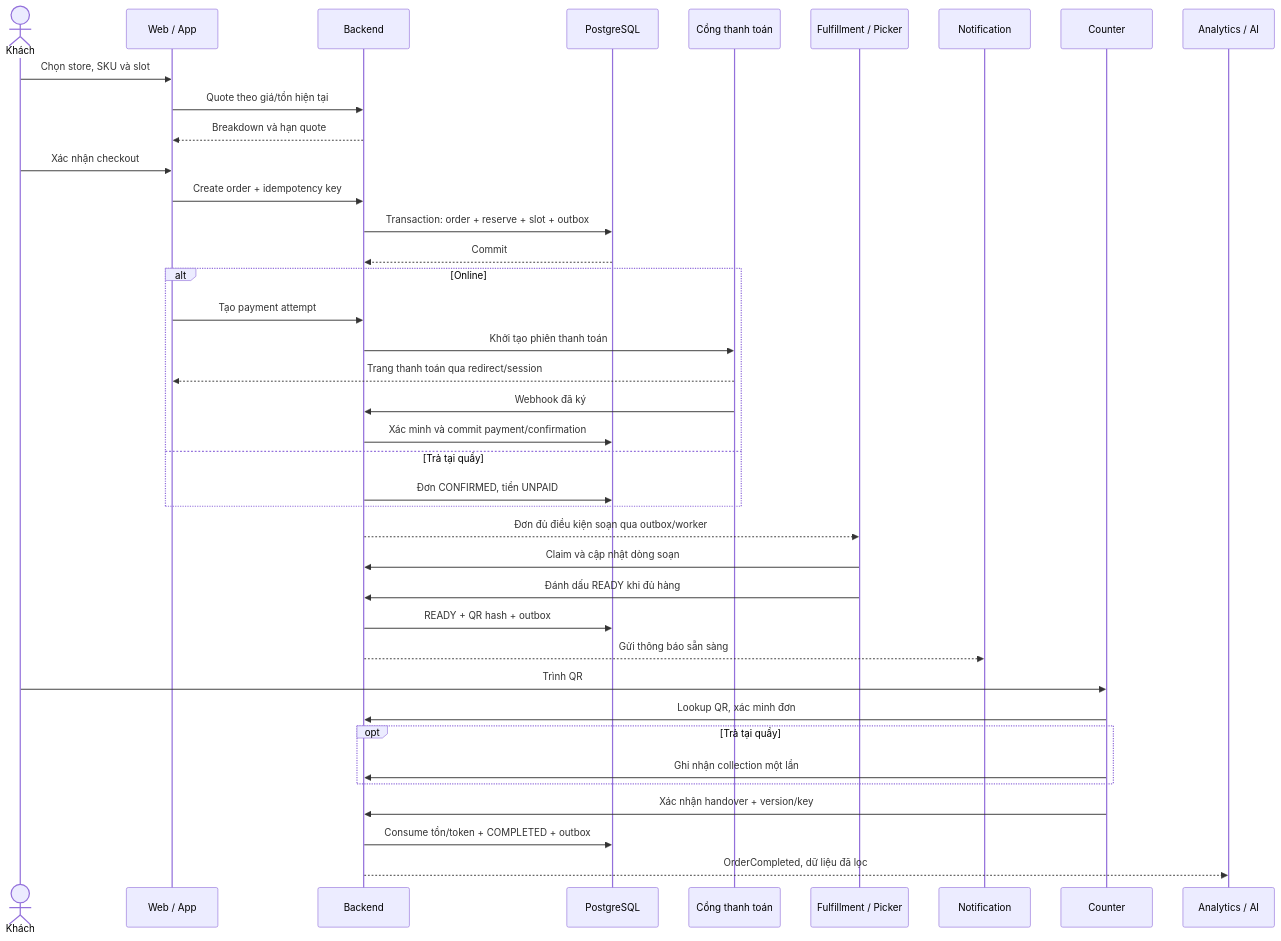
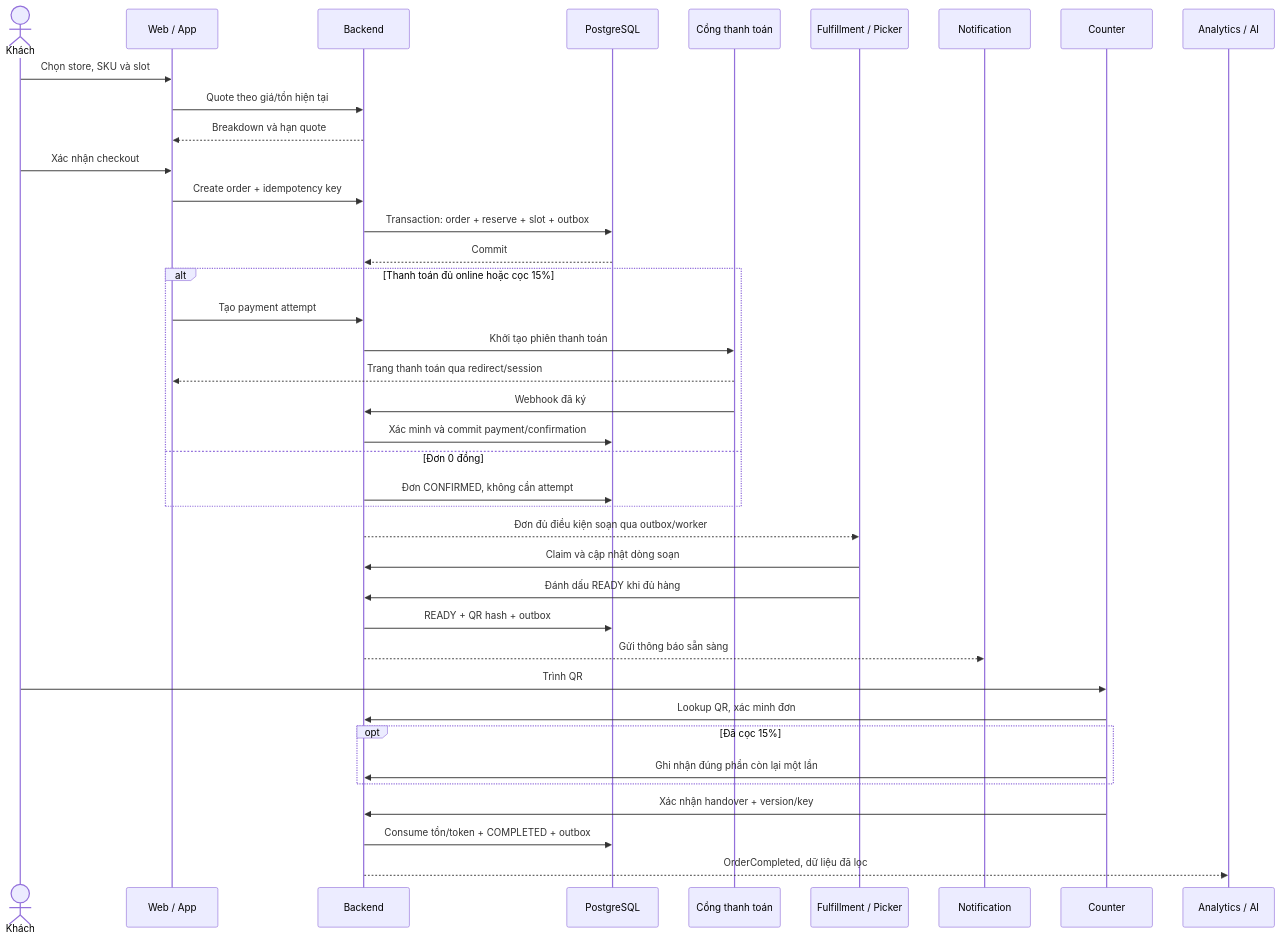
Before and after one commit to DuongVanViet/ShopGo: the diagram in docs/02-kien-truc/click-and-collect.md, drawn with Mermaid. The commit also changed other lines of this file and 79 other files, not shown here.

````diff
--- a/docs/02-kien-truc/click-and-collect.md
+++ b/docs/02-kien-truc/click-and-collect.md
@@ -9,41 +9,41 @@
 ```mermaid
 sequenceDiagram
   actor K as Khách
   participant UI as Web / App
   participant B as Backend
   participant DB as PostgreSQL
   participant P as Cổng thanh toán
   participant F as Fulfillment / Picker
   participant N as Notification
   participant C as Counter
   participant A as Analytics / AI
   K->>UI: Chọn store, SKU và slot
   UI->>B: Quote theo giá/tồn hiện tại
   B-->>UI: Breakdown và hạn quote
   K->>UI: Xác nhận checkout
   UI->>B: Create order + idempotency key
   B->>DB: Transaction: order + reserve + slot + outbox
   DB-->>B: Commit
-  alt Online
+  alt Thanh toán đủ online hoặc cọc 15%
     UI->>B: Tạo payment attempt
     B->>P: Khởi tạo phiên thanh toán
     P-->>UI: Trang thanh toán qua redirect/session
     P->>B: Webhook đã ký
     B->>DB: Xác minh và commit payment/confirmation
-  else Trả tại quầy
-    B->>DB: Đơn CONFIRMED, tiền UNPAID
+  else Đơn 0 đồng
+    B->>DB: Đơn CONFIRMED, không cần attempt
   end
   B-->>F: Đơn đủ điều kiện soạn qua outbox/worker
   F->>B: Claim và cập nhật dòng soạn
   F->>B: Đánh dấu READY khi đủ hàng
   B->>DB: READY + QR hash + outbox
   B-->>N: Gửi thông báo sẵn sàng
   K->>C: Trình QR
   C->>B: Lookup QR, xác minh đơn
-  opt Trả tại quầy
-    C->>B: Ghi nhận collection một lần
+  opt Đã cọc 15%
+    C->>B: Ghi nhận đúng phần còn lại một lần
   end
   C->>B: Xác nhận handover + version/key
   B->>DB: Consume tồn/token + COMPLETED + outbox
   B-->>A: OrderCompleted, dữ liệu đã lọc
 ```
````
